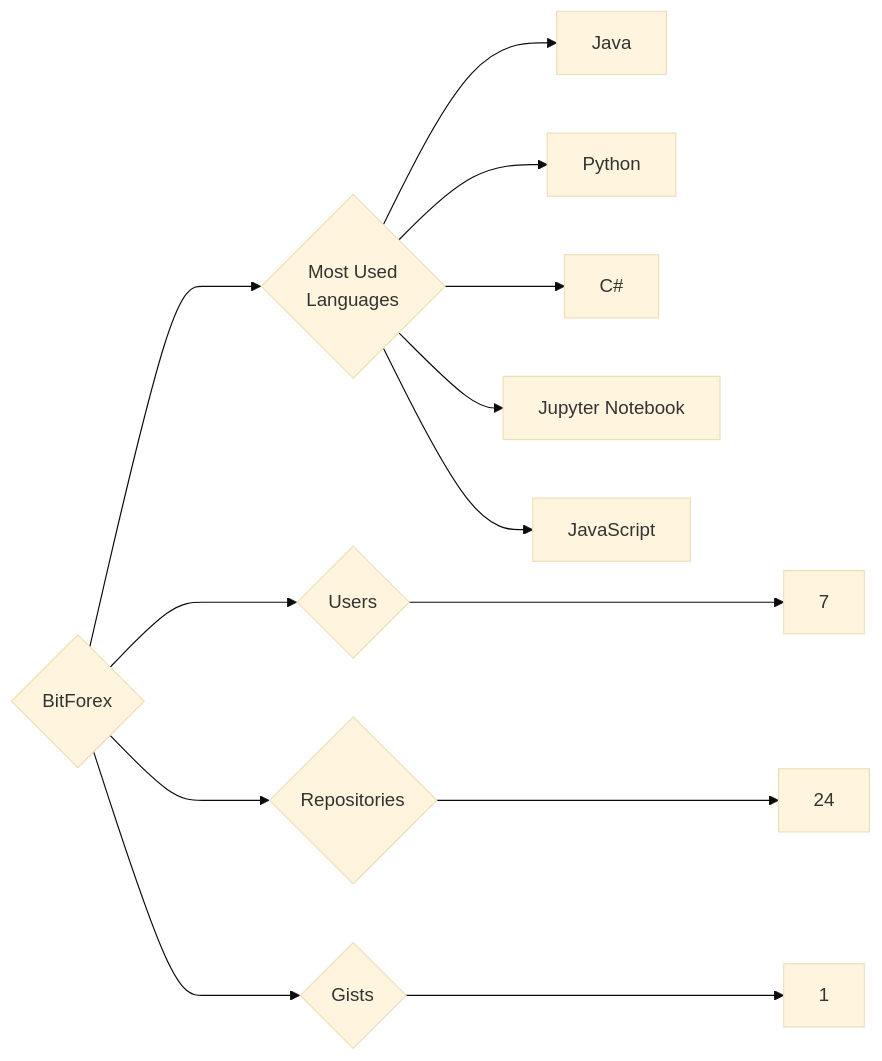
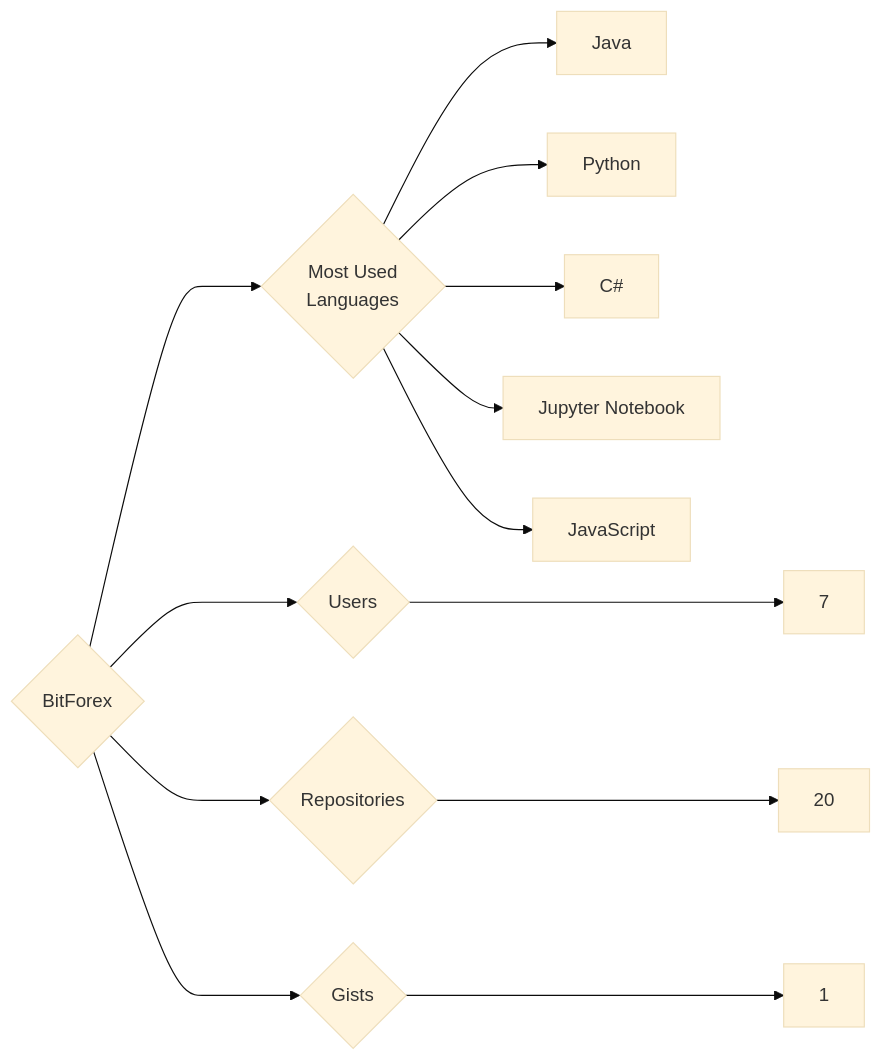
Before and after one commit to trickest/insiders: the diagram in targets/BitForex/README.md, drawn with Mermaid (base theme). The commit also changed 1120 other files, not shown here.

````diff
--- a/targets/BitForex/README.md
+++ b/targets/BitForex/README.md
@@ -3,13 +3,13 @@
 ```mermaid
 graph LR
 COMPANY_NAME{BitForex}
 COMPANY_NAME ---> U{Users} ---> UN[7]
-COMPANY_NAME ---> R{Repositories} ---> RN[24]
+COMPANY_NAME ---> R{Repositories} ---> RN[20]
 COMPANY_NAME ---> G{Gists} ---> GN[1]
 COMPANY_NAME ---> ML{Most Used<br>Languages}
 ML --> Java[Java]
 ML --> Python[Python]
 ML --> C#[C#]
 ML --> Jupyter_Notebook[Jupyter Notebook]
 ML --> JavaScript[JavaScript]
 ```
````
